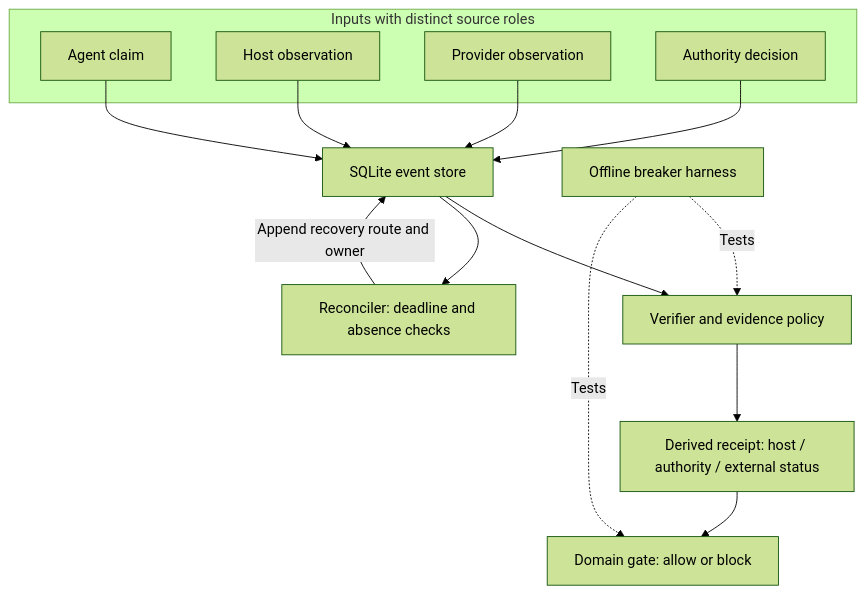
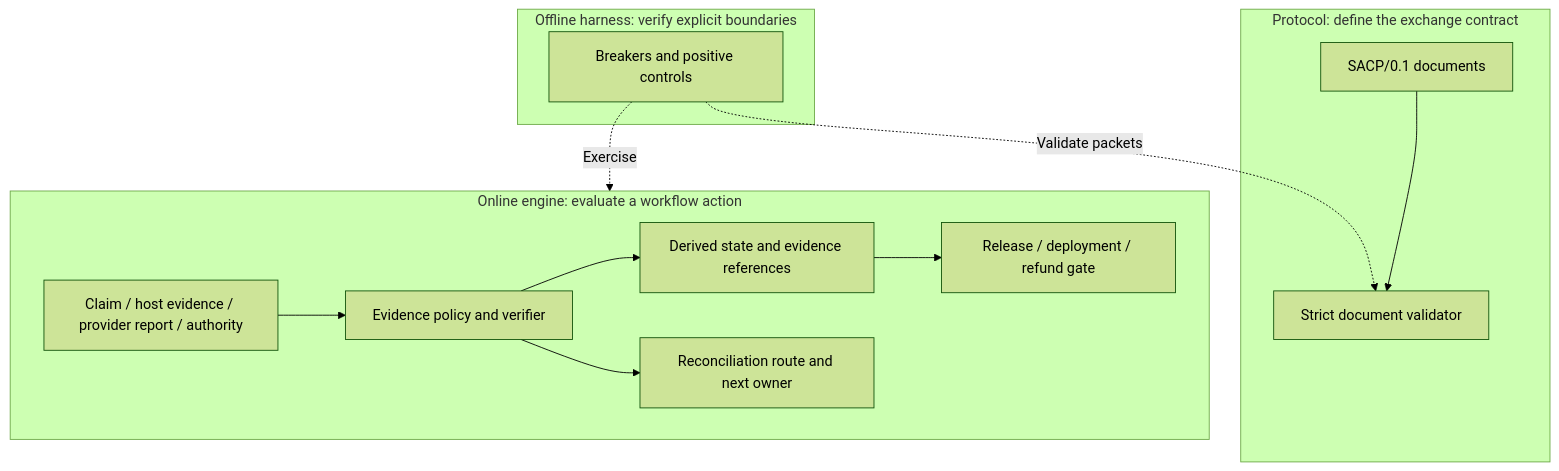
One commit to aDragon0707/sacp changed the diagram in README.md. Above: the diagram before and after it, drawn with Mermaid (forest theme). The commit also changed other lines of this file and 1 other file, not shown here.

Commit message:
docs: guide README readers from use case to architecture (#23)

````diff
--- a/README.md
+++ b/README.md
@@ -61,20 +69,17 @@
 ```mermaid
 flowchart TB
-    subgraph Inputs[Inputs with distinct source roles]
-        C[Agent claim]
-        H[Host observation]
-        P[Provider observation]
-        A[Authority decision]
+    subgraph Protocol[Protocol: define the exchange contract]
+        Spec[SACP/0.1 documents] --> Validator[Strict document validator]
     end
-    C --> S[SQLite event store]
-    H --> S
-    P --> S
-    A --> S
-    S --> V[Verifier and evidence policy]
-    V --> R[Derived receipt: host / authority / external status]
-    R --> G[Domain gate: allow or block]
-    S --> Q[Reconciler: deadline and absence checks]
-    Q -->|Append recovery route and owner| S
-    T[Offline breaker harness] -. Tests .-> V
-    T -. Tests .-> G
+    subgraph Online[Online engine: evaluate a workflow action]
+        Inputs[Claim / host evidence / provider report / authority] --> Verify[Evidence policy and verifier]
+        Verify --> Verdict[Derived state and evidence references]
+        Verdict --> Gate[Release / deployment / refund gate]
+        Verify --> Recovery[Reconciliation route and next owner]
+    end
+    subgraph Offline[Offline harness: verify explicit boundaries]
+        Cases[Breakers and positive controls]
+    end
+    Cases -. Exercise .-> Online
+    Cases -. Validate packets .-> Validator
 ```
````
